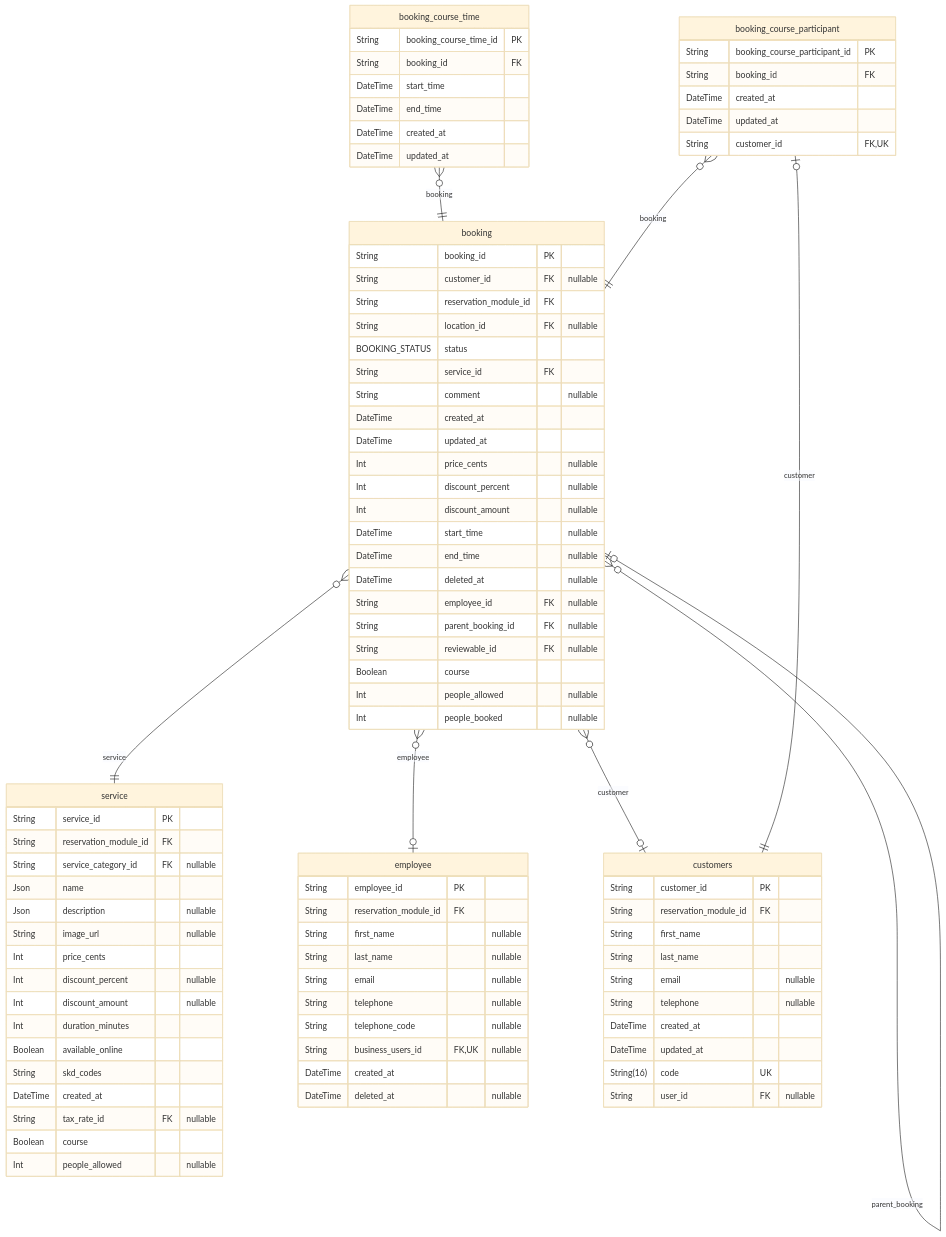
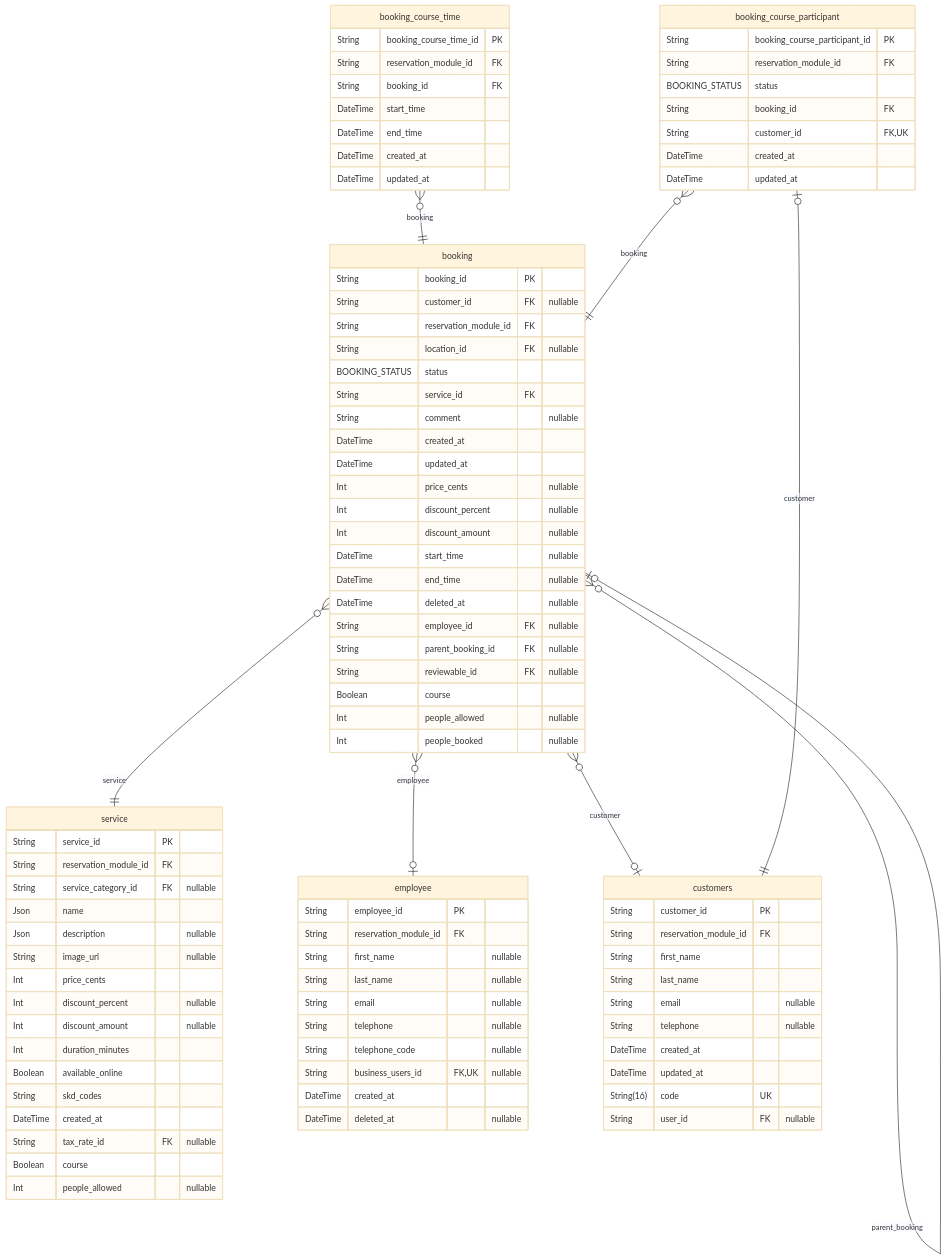
Diagram 37 of 40 in prisma/schemas/ERD.md (pbozic/be-analyisis), drawn with Mermaid (base theme) before and after one commit. The commit also changed other lines of this file and 8 other files, not shown here.

```diff
--- a/prisma/schemas/ERD.md
+++ b/prisma/schemas/ERD.md
@@ -7181,6 +7189,7 @@
 }
 "booking_course_time" {
   String booking_course_time_id PK
+  String reservation_module_id FK
   String booking_id FK
   DateTime start_time
   DateTime end_time
@@ -7189,10 +7198,12 @@
 }
 "booking_course_participant" {
   String booking_course_participant_id PK
+  String reservation_module_id FK
+  BOOKING_STATUS status
   String booking_id FK
+  String customer_id FK,UK
   DateTime created_at
   DateTime updated_at
-  String customer_id FK,UK
 }
 "booking" }o--o| "booking" : parent_booking
 "booking" }o--o| "employee" : employee
```
